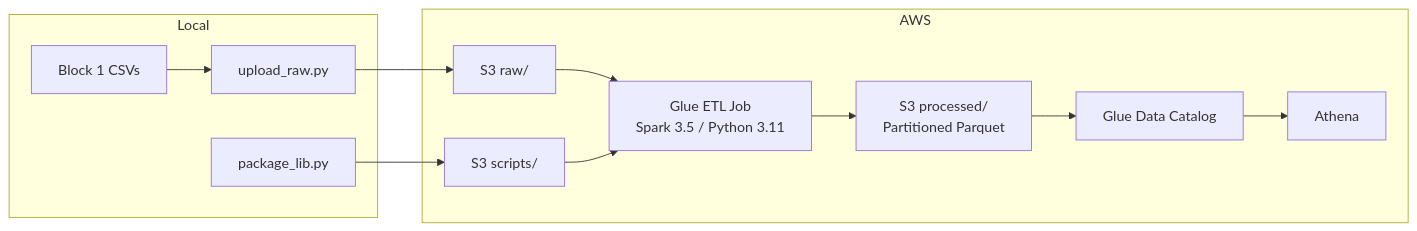
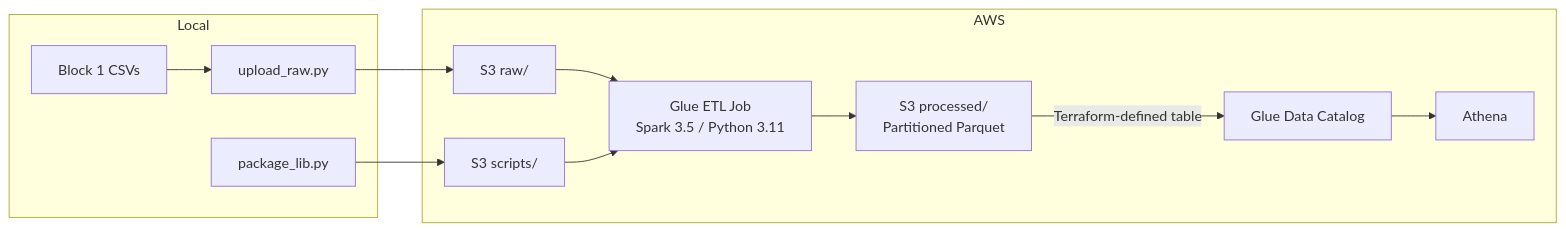
Before and after one commit to mpaturi/genai-block2-cloud-etl: the diagram in README.md, drawn with Mermaid.

Commit message:
Clarify catalog arrow as Terraform-defined table in README diagram

````diff
--- a/README.md
+++ b/README.md
@@ -7,25 +7,25 @@
 ```mermaid
 flowchart LR
     subgraph Local
         CSV[Block 1 CSVs]
         PKG[package_lib.py]
         UPL[upload_raw.py]
     end
 
     subgraph AWS
         S3_RAW[S3 raw/]
         S3_SCRIPTS[S3 scripts/]
         GLUE[Glue ETL Job<br/>Spark 3.5 / Python 3.11]
         S3_PROC[S3 processed/<br/>Partitioned Parquet]
         CATALOG[Glue Data Catalog]
         ATHENA[Athena]
     end
 
     CSV --> UPL --> S3_RAW
     PKG --> S3_SCRIPTS
     S3_RAW --> GLUE
     S3_SCRIPTS --> GLUE
     GLUE --> S3_PROC
-    S3_PROC --> CATALOG
+    S3_PROC -->|Terraform-defined table| CATALOG
     CATALOG --> ATHENA
 ```
````
